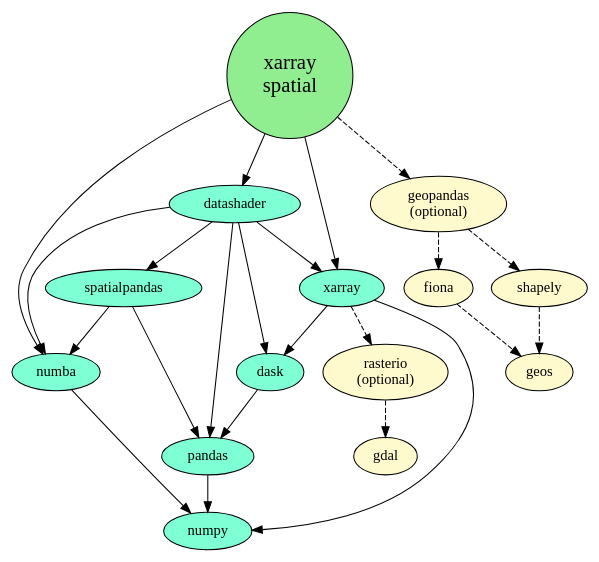
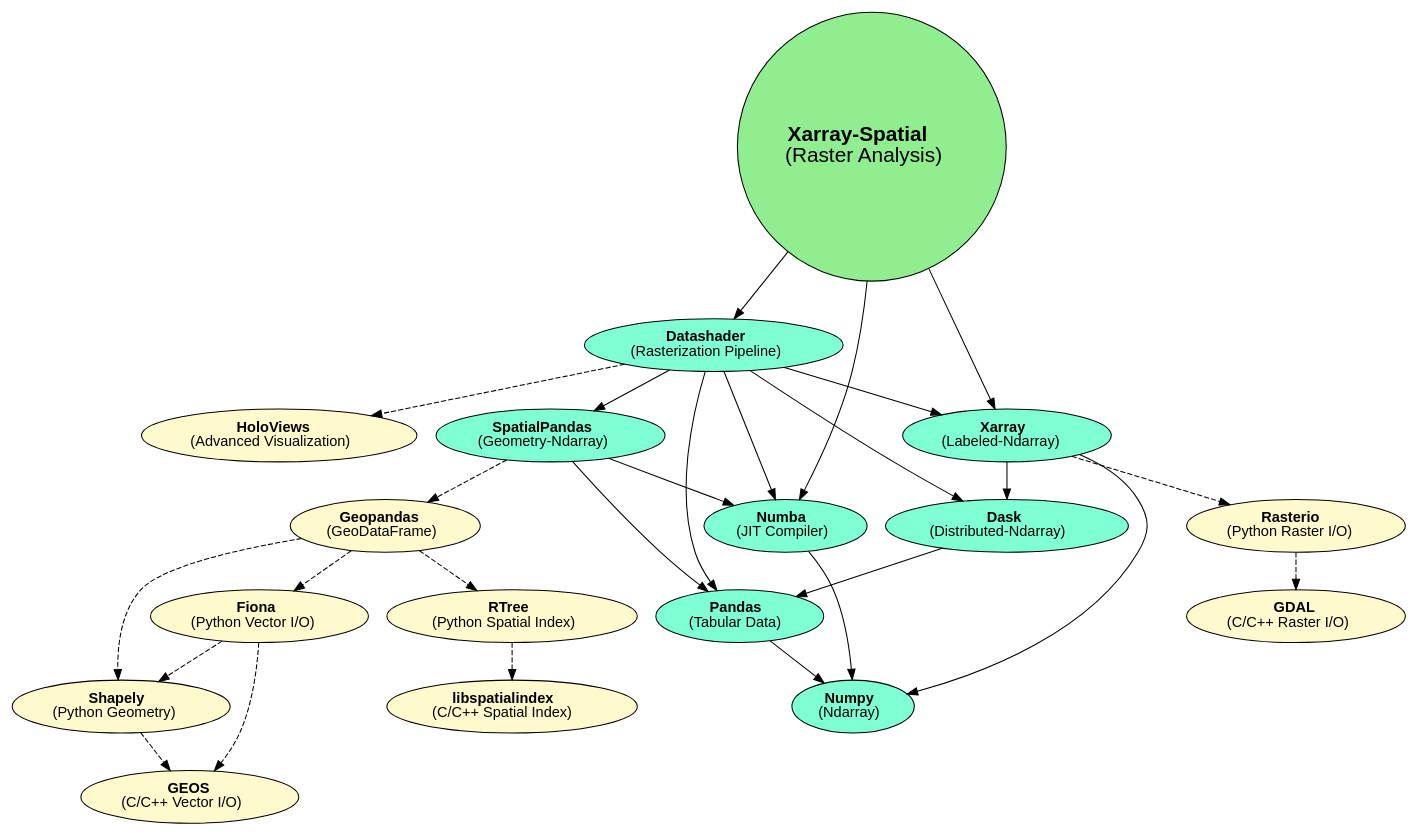
Before and after one commit to makepath/xarray-spatial: the diagram in dependencies.dot, drawn with Graphviz. The commit also changed 3 other files, not shown here.

Commit message:
updated dependency graph

```diff
--- a/dependencies.dot
+++ b/dependencies.dot
@@ -1,37 +1,50 @@
 digraph G {
-"xarray\nspatial" -> datashader;
-"xarray\nspatial" -> numba;
-"xarray\nspatial" -> xarray;
-"xarray\nspatial" -> "geopandas\n(optional)" [style=dashed];
+
+graph [fontname = "helvetica"];
+node [fontname = "helvetica"];
+edge [fontname = "helvetica"];
+
+xarray_spatial -> datashader;
+xarray_spatial -> numba;
+xarray_spatial -> xarray;
+numba -> numpy;
+xarray -> rasterio -> gdal [style=dashed];
+xarray -> numpy;
+xarray -> dask;
 datashader -> numba;
 datashader -> xarray;
 datashader -> dask;
 datashader -> pandas;
 datashader -> spatialpandas;
-xarray -> dask;
-xarray -> numpy;
-xarray -> "rasterio\n(optional)" -> gdal [style=dashed];
-numba -> numpy;
+datashader -> holoviews [style=dashed];
 pandas -> numpy;
 dask -> pandas;
 spatialpandas -> pandas;
 spatialpandas -> numba;
-"geopandas\n(optional)" -> fiona -> geos [style=dashed];
-"geopandas\n(optional)" -> shapely -> geos [style=dashed];
+spatialpandas -> geopandas [style=dashed];
+geopandas -> rtree -> libspatialindex [style=dashed];
+geopandas -> fiona -> geos [style=dashed];
+geopandas -> shapely -> geos [style=dashed];
+fiona -> shapely [style=dashed];
 
- "xarray\nspatial" [fillcolor=palegreen2 fontsize=20 width=0.5 shape=circle style=filled];
- xarray [fillcolor=aquamarine style=filled];
- datashader [fillcolor=aquamarine style=filled];
- dask [fillcolor=aquamarine style=filled];
- numpy [fillcolor=aquamarine style=filled];
- numba [fillcolor=aquamarine style=filled];
- pandas [fillcolor=aquamarine style=filled];
- spatialpandas [fillcolor=aquamarine style=filled];
- spatialpandas [fillcolor=aquamarine style=filled];
- "rasterio\n(optional)" [fillcolor=lemonchiffon style=filled];
- "geopandas\n(optional)" [fillcolor=lemonchiffon style=filled];
- gdal [fillcolor=lemonchiffon style=filled];
- geos [fillcolor=lemonchiffon style=filled];
- fiona [fillcolor=lemonchiffon style=filled];
- shapely [fillcolor=lemonchiffon style=filled];
+
+ xarray_spatial [label=<<b>Xarray-Spatial</b><br />(Raster Analysis)> fillcolor=palegreen2 fontsize=20 width=0.5 shape=circle style=filled];
+
+ xarray [label=<<b>Xarray</b><br/>(Labeled-Ndarray)> fillcolor=aquamarine style=filled];
+ datashader [label=<<b>Datashader</b><br />(Rasterization Pipeline)> fillcolor=aquamarine style=filled];
+ dask [label=<<b>Dask</b><br />(Distributed-Ndarray)> fillcolor=aquamarine style=filled href="https://dask.pydata.org"];
+ numpy [label=<<b>Numpy</b><br />(Ndarray)> fillcolor=aquamarine style=filled];
+ numba [label=<<b>Numba</b><br />(JIT Compiler)> fillcolor=aquamarine style=filled];
+ pandas [label=<<b>Pandas</b><br />(Tabular Data)> fillcolor=aquamarine style=filled];
+ spatialpandas [label=<<b>SpatialPandas</b><br />(Geometry-Ndarray)> fillcolor=aquamarine style=filled];
+ rasterio [label=<<b>Rasterio</b><br />(Python Raster I/O)> fillcolor=lemonchiffon style=filled];
+ gdal [label=<<b>GDAL</b><br />(C/C++ Raster I/O)> fillcolor=lemonchiffon style=filled];
+ geos [label=<<b>GEOS</b><br />(C/C++ Vector I/O)> fillcolor=lemonchiffon style=filled];
+ fiona [label=<<b>Fiona</b><br />(Python Vector I/O)> fillcolor=lemonchiffon style=filled];
+ holoviews [label=<<b>HoloViews</b><br/>(Advanced Visualization)> fillcolor=lemonchiffon style=filled];
+ shapely [label=<<b>Shapely</b><br />(Python Geometry)> fillcolor=lemonchiffon style=filled];
+ geopandas [label=<<b>Geopandas</b><br />(GeoDataFrame)> fillcolor=lemonchiffon style=filled];
+ rtree [label=<<b>RTree</b><br />(Python Spatial Index)> fillcolor=lemonchiffon style=filled];
+ libspatialindex [label=<<b>libspatialindex</b><br />(C/C++ Spatial Index)> fillcolor=lemonchiffon style=filled];
+
 }
```
